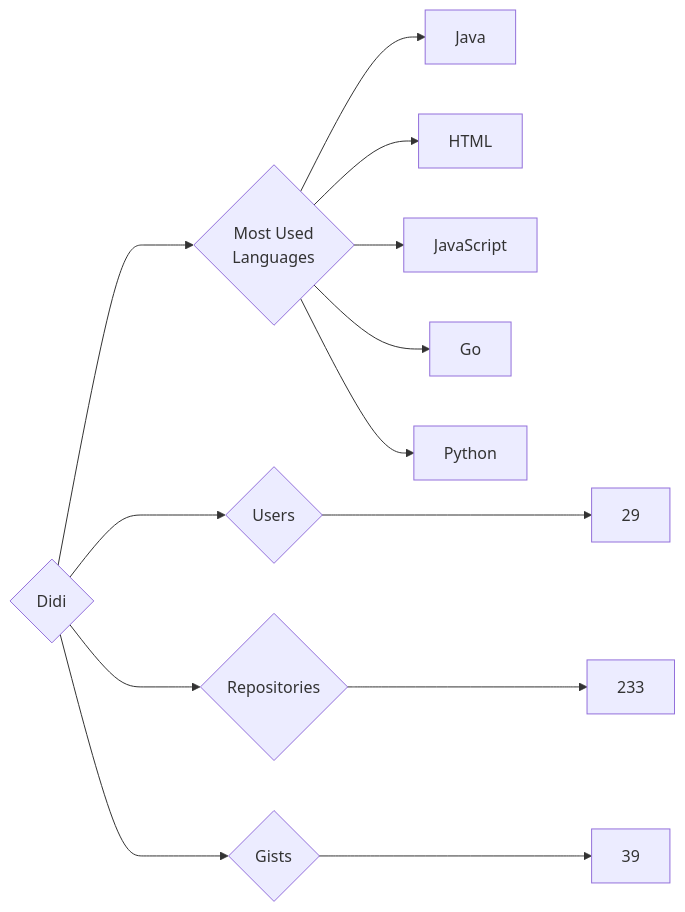
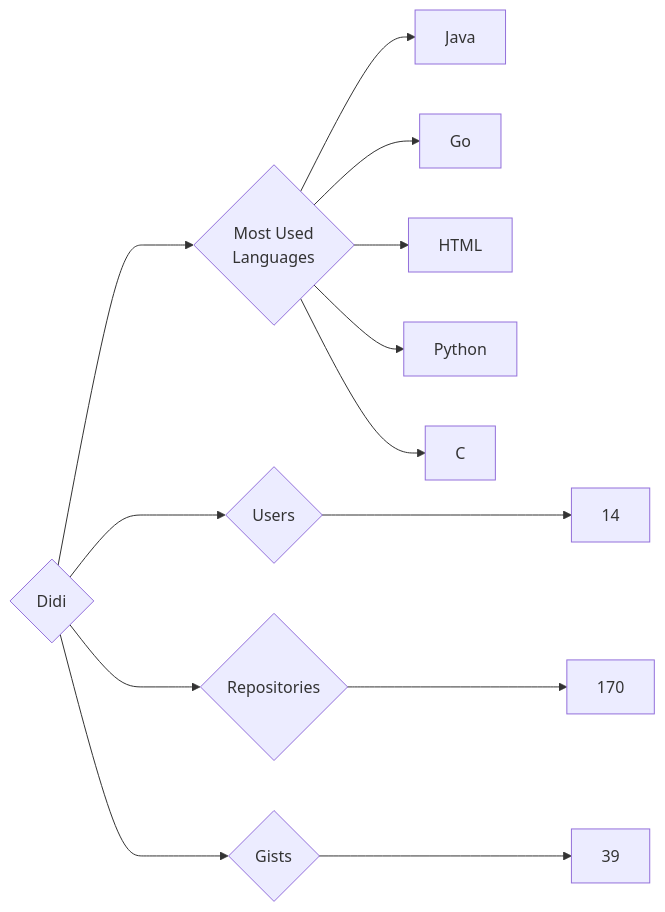
One commit to trickest/insiders changed the diagram in targets/Didi/README.md. Above: the diagram before and after it, drawn with Mermaid. The commit also changed 882 other files, not shown here.

````diff
--- a/targets/Didi/README.md
+++ b/targets/Didi/README.md
@@ -3,13 +3,13 @@
 ```mermaid
 graph LR
 COMPANY_NAME{Didi}
-COMPANY_NAME ---> U{Users} ---> UN[29]
-COMPANY_NAME ---> R{Repositories} ---> RN[233]
+COMPANY_NAME ---> U{Users} ---> UN[14]
+COMPANY_NAME ---> R{Repositories} ---> RN[170]
 COMPANY_NAME ---> G{Gists} ---> GN[39]
 COMPANY_NAME ---> ML{Most Used<br>Languages}
 ML --> Java[Java]
+ML --> Go[Go]
 ML --> HTML[HTML]
-ML --> JavaScript[JavaScript]
-ML --> Go[Go]
 ML --> Python[Python]
+ML --> C[C]
 ```
````
